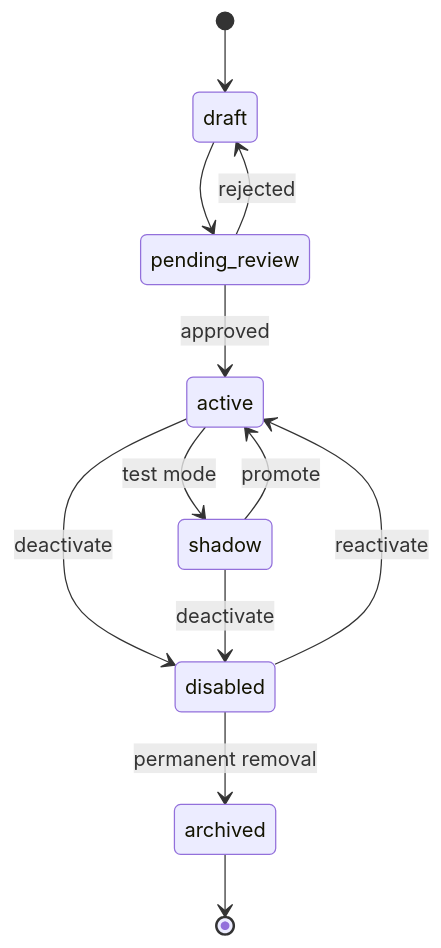
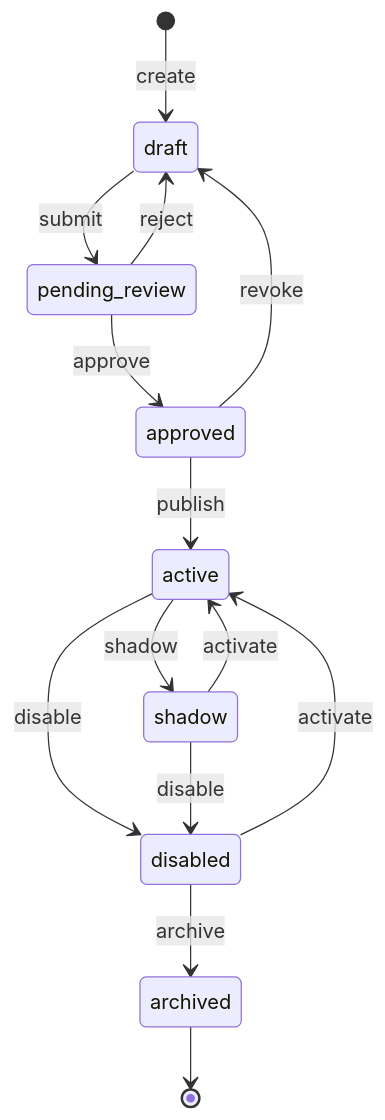
Before and after one commit to jonkmatsumo/label-lag: the second of 3 diagrams in README.md, drawn with Mermaid. The commit also changed other lines of this file and 13 other files, not shown here.

````diff
--- a/README.md
+++ b/README.md
@@ -204,14 +266,16 @@
 ```mermaid
 stateDiagram-v2
-    [*] --> draft
-    draft --> pending_review
-    pending_review --> active: approved
-    pending_review --> draft: rejected
-    active --> shadow: test mode
-    active --> disabled: deactivate
-    shadow --> active: promote
-    shadow --> disabled: deactivate
-    disabled --> active: reactivate
-    disabled --> archived: permanent removal
+    [*] --> draft: create
+    draft --> pending_review: submit
+    pending_review --> approved: approve
+    pending_review --> draft: reject
+    approved --> active: publish
+    approved --> draft: revoke
+    active --> shadow: shadow
+    active --> disabled: disable
+    shadow --> active: activate
+    shadow --> disabled: disable
+    disabled --> active: activate
+    disabled --> archived: archive
     archived --> [*]
 ```
````
